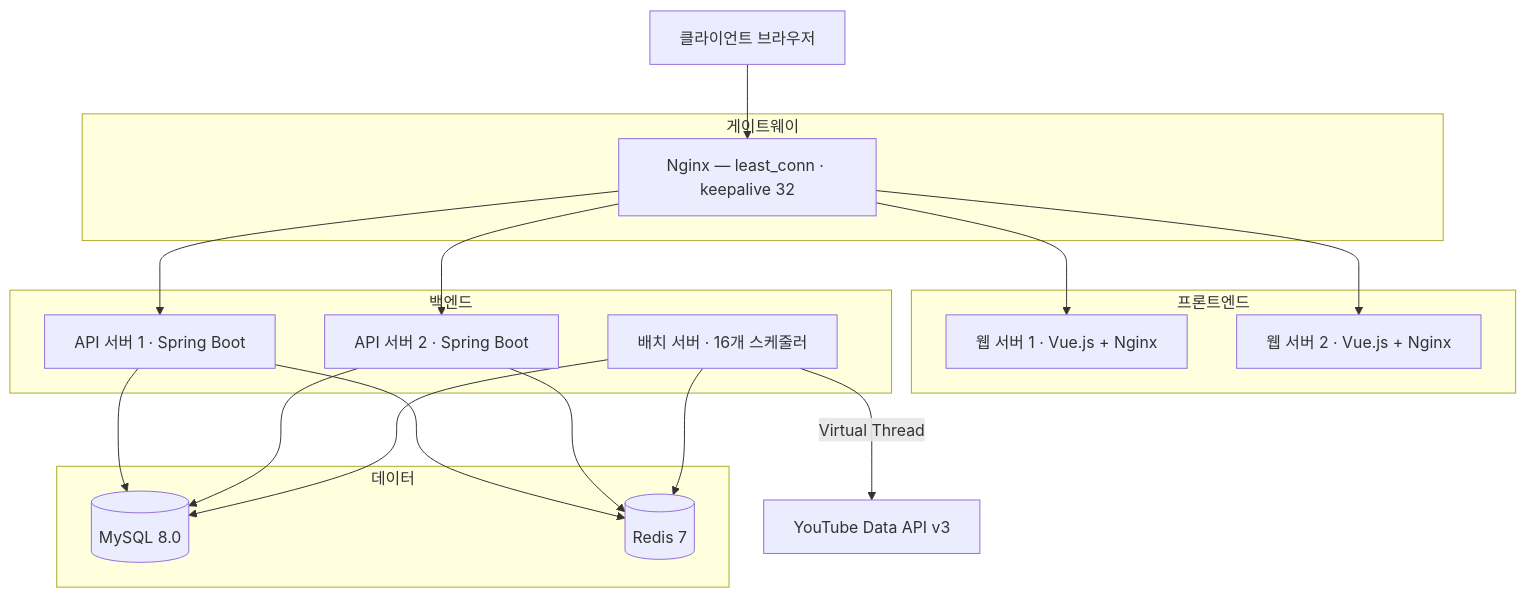
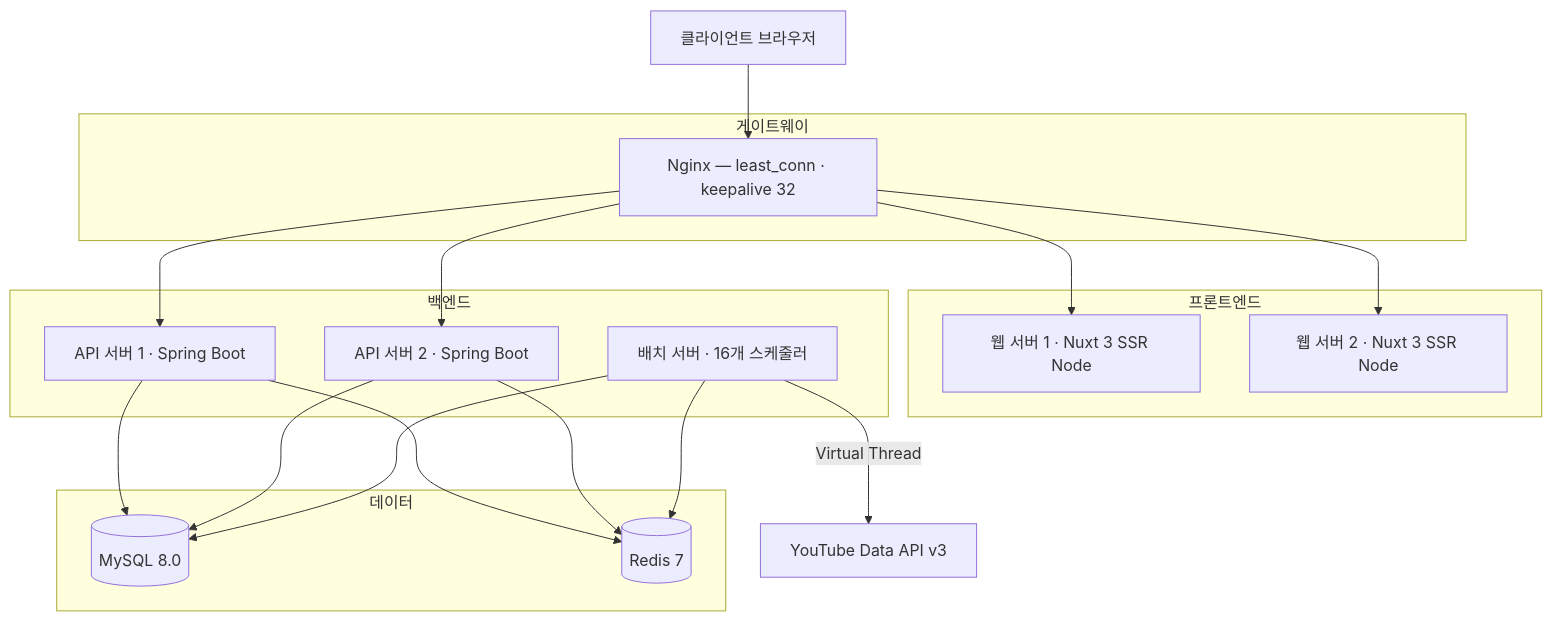
The diagram in README.md (dakcoh/tubeten), drawn with Mermaid before and after one commit. The commit also changed other lines of this file, not shown here.

````diff
--- a/README.md
+++ b/README.md
@@ -53,31 +53,31 @@
 ```mermaid
 flowchart TB
     Client[클라이언트 브라우저]
 
     subgraph Gateway["게이트웨이"]
         LB["Nginx — least_conn · keepalive 32"]
     end
 
     subgraph Frontend["프론트엔드"]
-        Web1[웹 서버 1 · Vue.js + Nginx]
-        Web2[웹 서버 2 · Vue.js + Nginx]
+        Web1[웹 서버 1 · Nuxt 3 SSR Node]
+        Web2[웹 서버 2 · Nuxt 3 SSR Node]
     end
 
     subgraph Backend["백엔드"]
         API1[API 서버 1 · Spring Boot]
         API2[API 서버 2 · Spring Boot]
         Batch[배치 서버 · 16개 스케줄러]
     end
 
     subgraph Data["데이터"]
         MySQL[(MySQL 8.0)]
         Redis[(Redis 7)]
     end
 
     Client --> LB
     LB --> Web1 & Web2
     LB --> API1 & API2
     API1 & API2 --> MySQL & Redis
     Batch --> MySQL & Redis
     Batch -->|Virtual Thread| YouTube[YouTube Data API v3]
 ```
````
